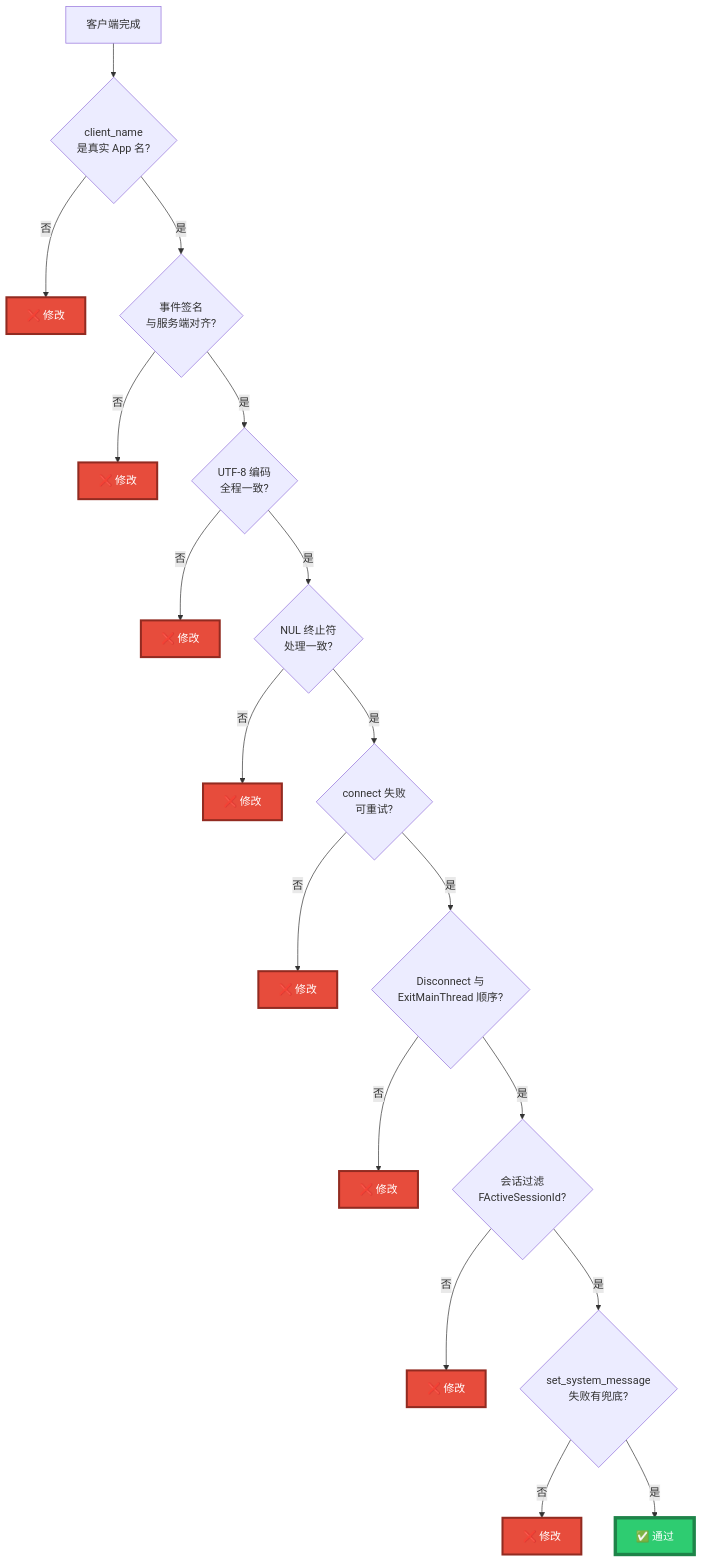
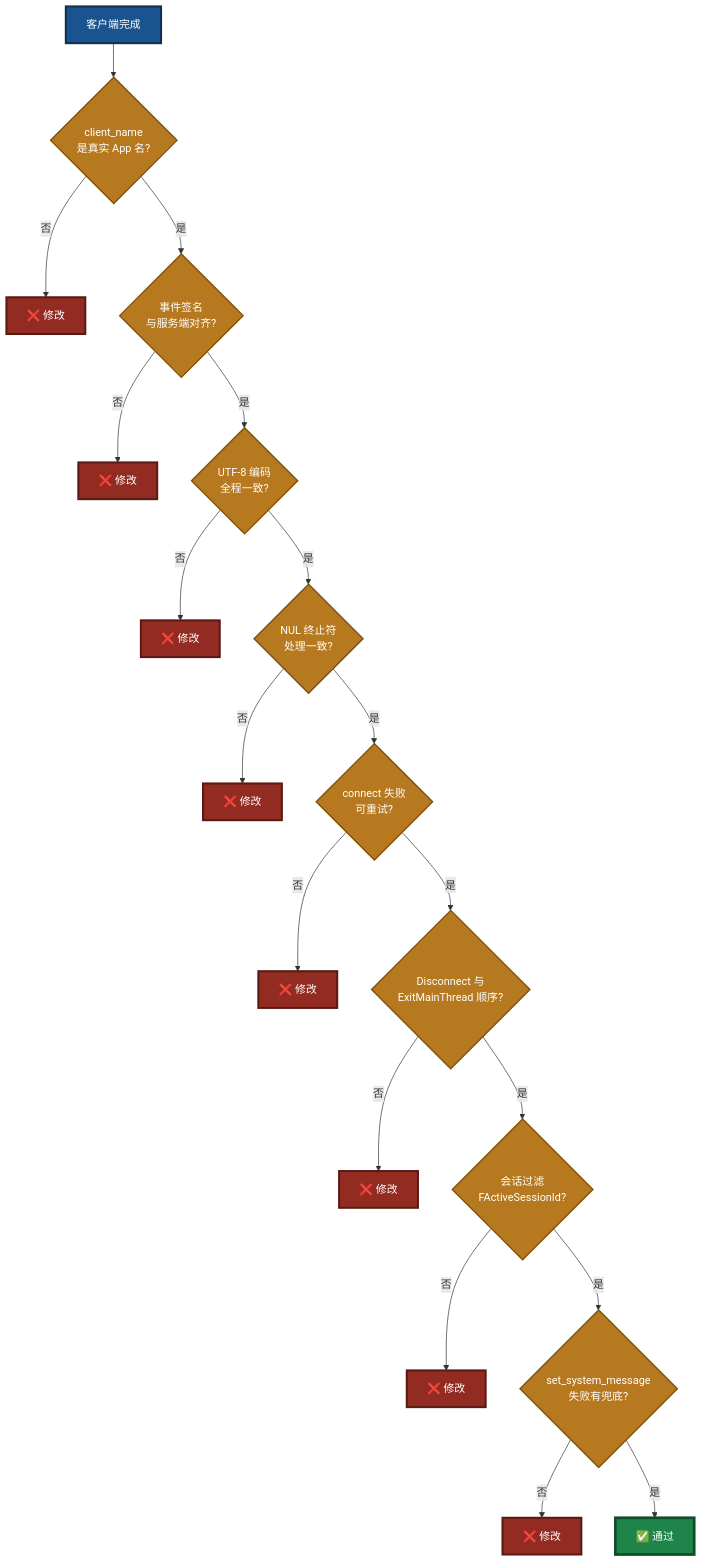
One commit to PassByYou888/LingoFuse-pasAgent changed the third of 6 diagrams in src/llm-service/LingoFuse_LLM_Pitfalls_For_AI.md. Above: the diagram before and after it, drawn with Mermaid. The commit also changed other lines of this file, not shown here.

````diff
--- a/src/llm-service/LingoFuse_LLM_Pitfalls_For_AI.md
+++ b/src/llm-service/LingoFuse_LLM_Pitfalls_For_AI.md
@@ -1312,30 +1312,39 @@
 ```mermaid
 flowchart TB
     START["客户端完成"] --> C1{"client_name<br/>是真实 App 名?"}
     C1 -->|否| F1["❌ 修改"]
     C1 -->|是| C2{"事件签名<br/>与服务端对齐?"}
     C2 -->|否| F2["❌ 修改"]
     C2 -->|是| C3{"UTF-8 编码<br/>全程一致?"}
     C3 -->|否| F3["❌ 修改"]
     C3 -->|是| C4{"NUL 终止符<br/>处理一致?"}
     C4 -->|否| F4["❌ 修改"]
     C4 -->|是| C5{"connect 失败<br/>可重试?"}
     C5 -->|否| F5["❌ 修改"]
     C5 -->|是| C6{"Disconnect 与<br/>ExitMainThread 顺序?"}
     C6 -->|否| F6["❌ 修改"]
     C6 -->|是| C7{"会话过滤<br/>FActiveSessionId?"}
     C7 -->|否| F7["❌ 修改"]
     C7 -->|是| C8{"set_system_message<br/>失败有兜底?"}
     C8 -->|否| F8["❌ 修改"]
     C8 -->|是| PASS["✅ 通过"]
 
-    style PASS fill:#2ECC71,stroke:#1E8449,stroke-width:5px,color:#FFFFFF
-    style F1 fill:#E74C3C,stroke:#922B21,stroke-width:3px,color:#FFFFFF
-    style F2 fill:#E74C3C,stroke:#922B21,stroke-width:3px,color:#FFFFFF
-    style F3 fill:#E74C3C,stroke:#922B21,stroke-width:3px,color:#FFFFFF
-    style F4 fill:#E74C3C,stroke:#922B21,stroke-width:3px,color:#FFFFFF
-    style F5 fill:#E74C3C,stroke:#922B21,stroke-width:3px,color:#FFFFFF
-    style F6 fill:#E74C3C,stroke:#922B21,stroke-width:3px,color:#FFFFFF
-    style F7 fill:#E74C3C,stroke:#922B21,stroke-width:3px,color:#FFFFFF
-    style F8 fill:#E74C3C,stroke:#922B21,stroke-width:3px,color:#FFFFFF
+    style PASS fill:#1E8449,stroke:#0E4D2A,stroke-width:4px,color:#FFFFFF
+    style F1 fill:#922B21,stroke:#5A1A14,stroke-width:3px,color:#FFFFFF
+    style F2 fill:#922B21,stroke:#5A1A14,stroke-width:3px,color:#FFFFFF
+    style F3 fill:#922B21,stroke:#5A1A14,stroke-width:3px,color:#FFFFFF
+    style F4 fill:#922B21,stroke:#5A1A14,stroke-width:3px,color:#FFFFFF
+    style F5 fill:#922B21,stroke:#5A1A14,stroke-width:3px,color:#FFFFFF
+    style F6 fill:#922B21,stroke:#5A1A14,stroke-width:3px,color:#FFFFFF
+    style F7 fill:#922B21,stroke:#5A1A14,stroke-width:3px,color:#FFFFFF
+    style F8 fill:#922B21,stroke:#5A1A14,stroke-width:3px,color:#FFFFFF
+    style START fill:#1A5490,stroke:#0D2F52,stroke-width:3px,color:#FFFFFF
+    style C1 fill:#B7791F,stroke:#7E5109,stroke-width:2px,color:#FFFFFF
+    style C2 fill:#B7791F,stroke:#7E5109,stroke-width:2px,color:#FFFFFF
+    style C3 fill:#B7791F,stroke:#7E5109,stroke-width:2px,color:#FFFFFF
+    style C4 fill:#B7791F,stroke:#7E5109,stroke-width:2px,color:#FFFFFF
+    style C5 fill:#B7791F,stroke:#7E5109,stroke-width:2px,color:#FFFFFF
+    style C6 fill:#B7791F,stroke:#7E5109,stroke-width:2px,color:#FFFFFF
+    style C7 fill:#B7791F,stroke:#7E5109,stroke-width:2px,color:#FFFFFF
+    style C8 fill:#B7791F,stroke:#7E5109,stroke-width:2px,color:#FFFFFF
 ```
````
